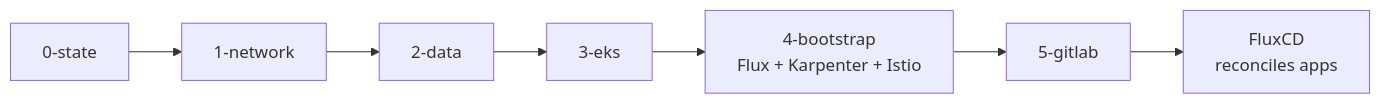
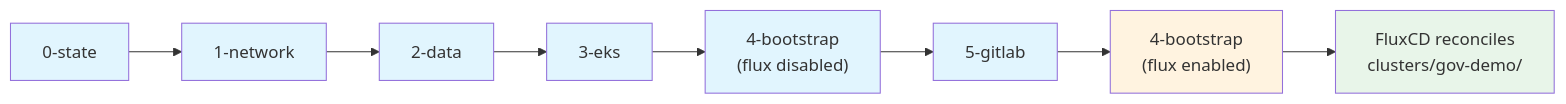
One commit to coder/usgov-deploy-aws changed the second of 2 diagrams in README.md. Above: the diagram before and after it, drawn with Mermaid. The commit also changed other lines of this file and 1 other file, not shown here.

````diff
--- a/README.md
+++ b/README.md
@@ -127,4 +127,12 @@
 ```mermaid
 flowchart LR
-    A[0-state] --> B[1-network] --> C[2-data] --> D[3-eks] --> E[4-bootstrap<br/>Flux + Karpenter + Istio] --> F[5-gitlab] --> G[FluxCD<br/>reconciles apps]
+    A[0-state] --> B[1-network] --> C[2-data] --> D[3-eks] --> E["4-bootstrap<br/>(flux disabled)"] --> F[5-gitlab] --> G["4-bootstrap<br/>(flux enabled)"] --> H["FluxCD reconciles<br/>clusters/gov-demo/"]
+    style A fill:#e1f5fe
+    style B fill:#e1f5fe
+    style C fill:#e1f5fe
+    style D fill:#e1f5fe
+    style E fill:#e1f5fe
+    style F fill:#e1f5fe
+    style G fill:#fff3e0
+    style H fill:#e8f5e9
 ```
````
